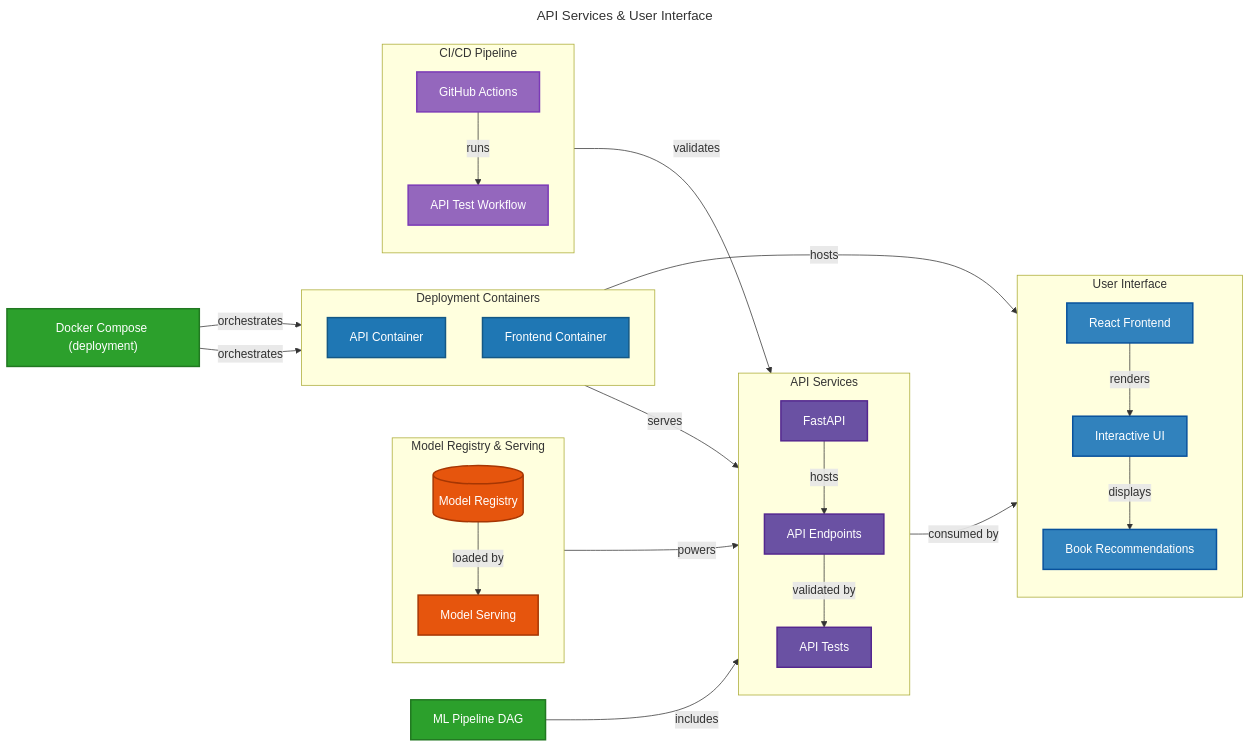
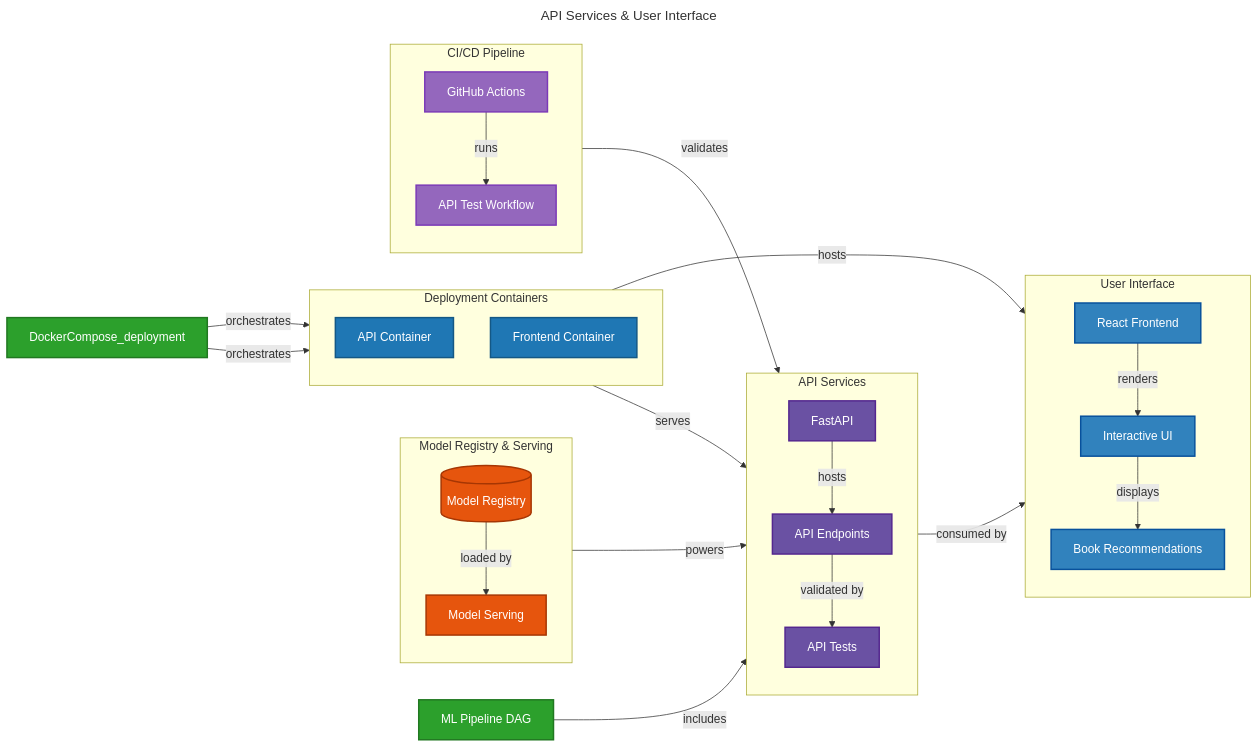
Before and after one commit to pepperumo/MLOps_book_recommender_system: the diagram in graphs/mlops_api_ui_deployment.mmd, drawn with Mermaid. The commit also changed 44 other files, not shown here.

```diff
--- a/graphs/mlops_api_ui_deployment.mmd
+++ b/graphs/mlops_api_ui_deployment.mmd
@@ -1,85 +1,85 @@
 ---
 title: API Services & User Interface
 ---
 flowchart LR
     %% API Services and User Interface Pipeline
     %% This diagram focuses on the serving and frontend aspects of the MLOps architecture
 
     %% Model Registry and Serving
     subgraph ModelServingLayer["Model Registry & Serving"]
         direction TB
         ModelRegistry[("Model Registry")]
         ModelServing["Model Serving"]
     end
 
     %% API Services
     subgraph APILayer["API Services"]
         direction TB
         FastAPI["FastAPI"]
         APIEndpoints["API Endpoints"]
         APITests["API Tests"]
     end
 
     %% User Interface
     subgraph UILayer["User Interface"]
         direction TB
         React["React Frontend"]
         UserInterface["Interactive UI"]
         Recommendations["Book Recommendations"]
     end
 
     %% Containers for Deployment
     subgraph DeploymentContainers["Deployment Containers"]
         direction TB
         APIContainer["API Container"]
         ReactContainer["Frontend Container"]
     end
 
     %% CI/CD for API and UI
     subgraph CICD["CI/CD Pipeline"]
         direction TB
         GitHubActions["GitHub Actions"]
         APITestWorkflow["API Test Workflow"]
     end
 
     %% Relationships
     ModelRegistry -->|loaded by| ModelServing
     ModelServing -->|powers| APIEndpoints
     FastAPI -->|hosts| APIEndpoints
     APIEndpoints -->|validated by| APITests
     APIEndpoints -->|consumed by| React
     React -->|renders| UserInterface
     UserInterface -->|displays| Recommendations
 
     %% Container relationships
     APIContainer -->|serves| FastAPI
     ReactContainer -->|hosts| React
 
     %% CI/CD relationships
     GitHubActions -->|runs| APITestWorkflow
     APITestWorkflow -->|validates| APIEndpoints
 
     %% Docker Compose for deployment
-    DockerCompose["Docker Compose (deployment)"]
+    DockerCompose["DockerCompose_deployment"]
     DockerCompose -->|orchestrates| APIContainer
     DockerCompose -->|orchestrates| ReactContainer
 
     %% Pipeline DAG relationship to API testing
     PipelineDAG["ML Pipeline DAG"]
     PipelineDAG -->|includes| APITests
 
     %% Styling
     classDef model fill:#e6550d,stroke:#a63603,stroke-width:2px,color:white
     classDef api fill:#6a51a3,stroke:#54278f,stroke-width:2px,color:white
     classDef ui fill:#3182bd,stroke:#08519c,stroke-width:2px,color:white
     classDef containers fill:#1f77b4,stroke:#145885,stroke-width:2px,color:white
     classDef cicd fill:#9467bd,stroke:#7b3ab7,stroke-width:2px,color:white
     classDef orchestration fill:#2ca02c,stroke:#217821,stroke-width:2px,color:white
 
     %% Apply styles
     class ModelRegistry,ModelServing model
     class FastAPI,APIEndpoints,APITests api
     class React,UserInterface,Recommendations ui
     class APIContainer,ReactContainer containers
     class GitHubActions,APITestWorkflow cicd
     class DockerCompose,PipelineDAG orchestration
```
